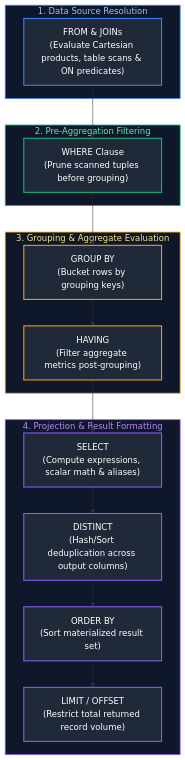
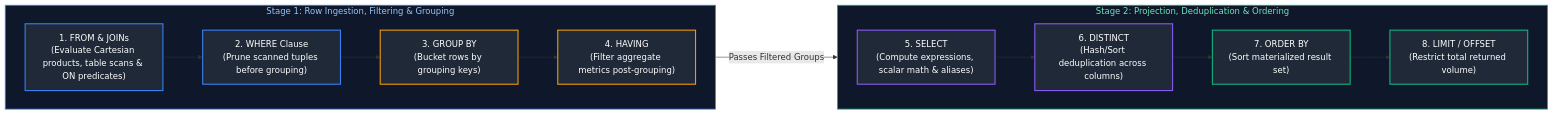
One commit to joydeep-biswas/Interview-Preparation changed the first of 11 diagrams in Data Engineering/01_sql_fundamentals.md. Above: the diagram before and after it, drawn with Mermaid. The commit also changed other lines of this file and 76 other files, not shown here.

Commit message:
Updated Charts

````diff
--- a/Data Engineering/01_sql_fundamentals.md
+++ b/Data Engineering/01_sql_fundamentals.md
@@ -9,34 +9,25 @@
 ```mermaid
-flowchart TD
-    subgraph Ingestion ["1. Data Source Resolution"]
-        S1["FROM & JOINs<br/>(Evaluate Cartesian products, table scans & ON predicates)"]
-    end
-    subgraph PreGrouping ["2. Pre-Aggregation Filtering"]
-        S2["WHERE Clause<br/>(Prune scanned tuples before grouping)"]
-    end
-    subgraph Aggregation ["3. Grouping & Aggregate Evaluation"]
-        S3["GROUP BY<br/>(Bucket rows by grouping keys)"] --> S4["HAVING<br/>(Filter aggregate metrics post-grouping)"]
-    end
-    subgraph Projection ["4. Projection & Result Formatting"]
-        S5["SELECT<br/>(Compute expressions, scalar math & aliases)"]
-        S6["DISTINCT<br/>(Hash/Sort deduplication across output columns)"]
-        S7["ORDER BY<br/>(Sort materialized result set)"]
-        S8["LIMIT / OFFSET<br/>(Restrict total returned record volume)"]
+flowchart LR
+    subgraph Stage1 ["Stage 1: Row Ingestion, Filtering & Grouping"]
+        direction LR
+        S1["1. FROM & JOINs<br/>(Evaluate Cartesian products, table scans & ON predicates)"] --> S2["2. WHERE Clause<br/>(Prune scanned tuples before grouping)"] --> S3["3. GROUP BY<br/>(Bucket rows by grouping keys)"] --> S4["4. HAVING<br/>(Filter aggregate metrics post-grouping)"]
     end
 
-    S1 --> S2 --> S3
-    S4 --> S5 --> S6 --> S7 --> S8
+    subgraph Stage2 ["Stage 2: Projection, Deduplication & Ordering"]
+        direction LR
+        S5["5. SELECT<br/>(Compute expressions, scalar math & aliases)"] --> S6["6. DISTINCT<br/>(Hash/Sort deduplication across columns)"] --> S7["7. ORDER BY<br/>(Sort materialized result set)"] --> S8["8. LIMIT / OFFSET<br/>(Restrict total returned volume)"]
+    end
 
-    style Ingestion fill:#0f172a,stroke:#3b82f6,stroke-width:1.5px,color:#93c5fd
-    style PreGrouping fill:#0f172a,stroke:#10b981,stroke-width:1.5px,color:#6ee7b7
-    style Aggregation fill:#0f172a,stroke:#f59e0b,stroke-width:1.5px,color:#fde68a
-    style Projection fill:#0f172a,stroke:#8b5cf6,stroke-width:1.5px,color:#c084fc
+    S4 -->|"Passes Filtered Groups"| S5
+
+    style Stage1 fill:#0f172a,stroke:#3b82f6,stroke-width:1.5px,color:#93c5fd
+    style Stage2 fill:#0f172a,stroke:#10b981,stroke-width:1.5px,color:#6ee7b7
     style S1 fill:#1f2937,stroke:#3b82f6,stroke-width:2px,color:#fff
-    style S2 fill:#1f2937,stroke:#10b981,stroke-width:2px,color:#fff
+    style S2 fill:#1f2937,stroke:#3b82f6,stroke-width:2px,color:#fff
     style S3 fill:#1f2937,stroke:#f59e0b,stroke-width:2px,color:#fff
     style S4 fill:#1f2937,stroke:#f59e0b,stroke-width:2px,color:#fff
     style S5 fill:#1f2937,stroke:#8b5cf6,stroke-width:2px,color:#fff
     style S6 fill:#1f2937,stroke:#8b5cf6,stroke-width:2px,color:#fff
-    style S7 fill:#1f2937,stroke:#8b5cf6,stroke-width:2px,color:#fff
-    style S8 fill:#1f2937,stroke:#8b5cf6,stroke-width:2px,color:#fff
+    style S7 fill:#1f2937,stroke:#10b981,stroke-width:2px,color:#fff
+    style S8 fill:#1f2937,stroke:#10b981,stroke-width:2px,color:#fff
 ```
````
